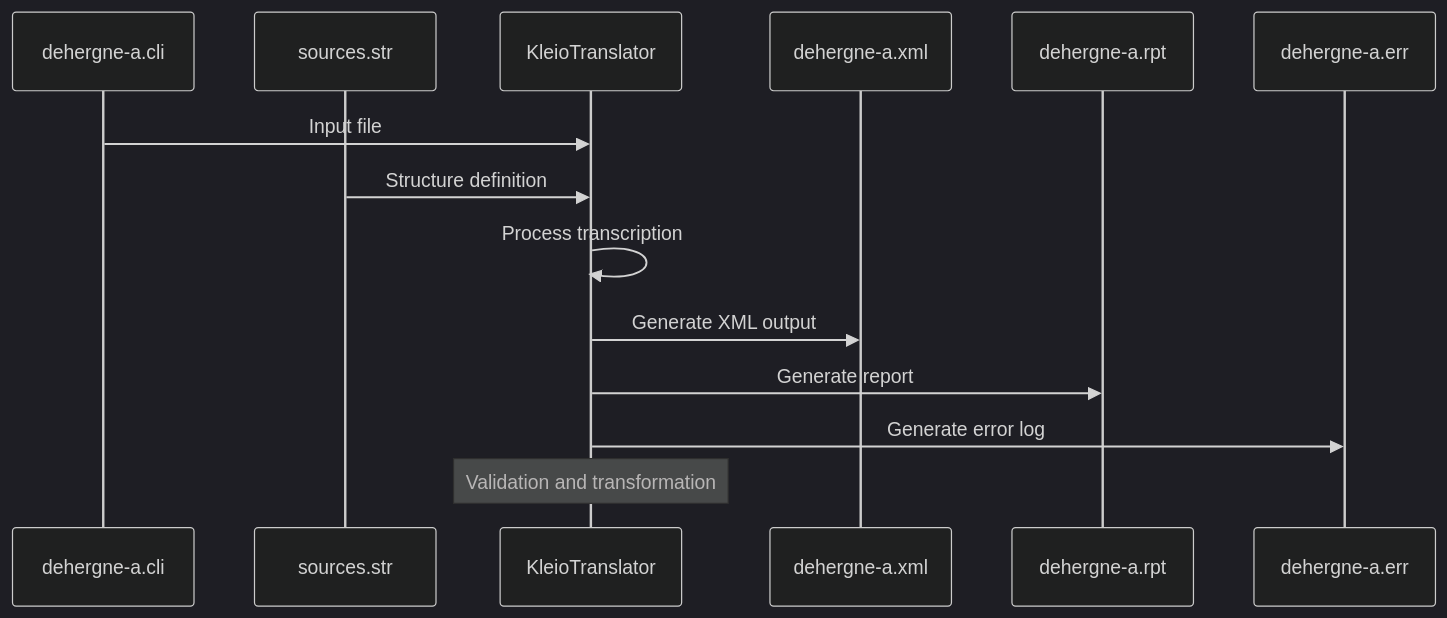
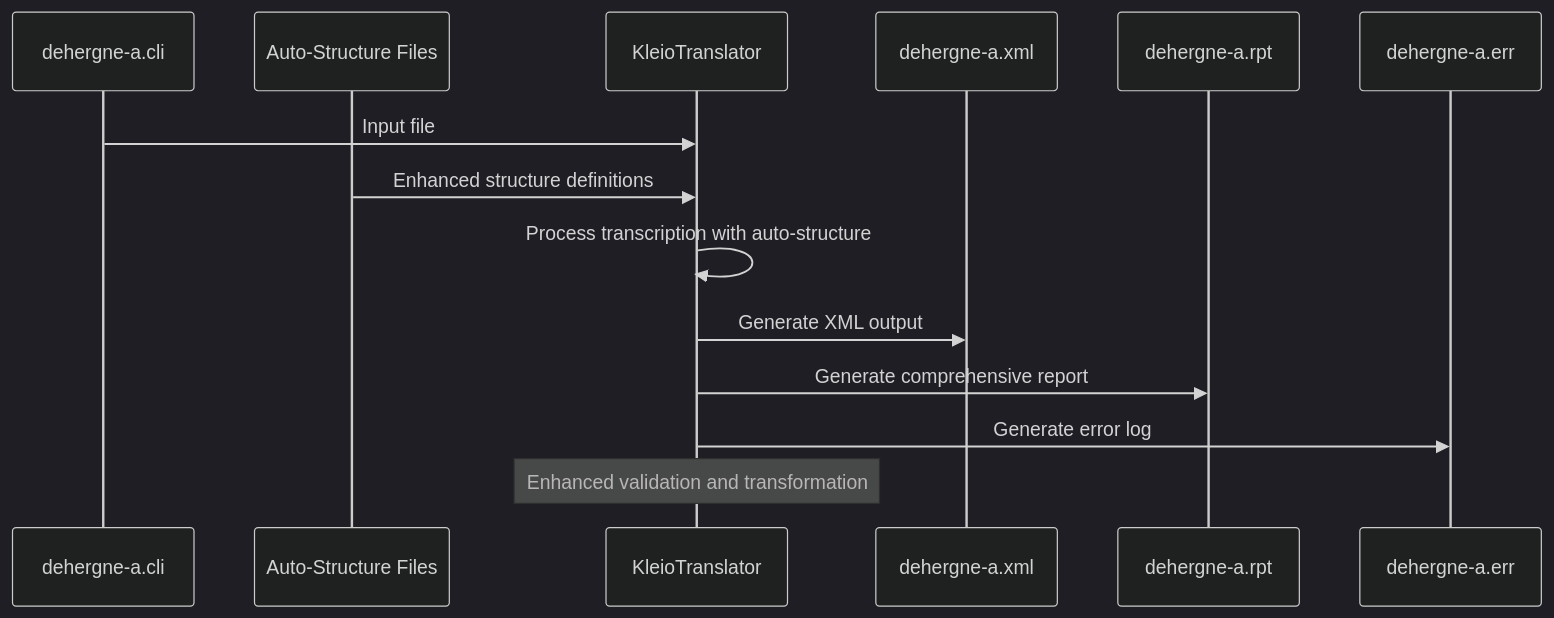
Before and after one commit to joaquimrcarvalho/dehergne-locations: the fifth of 8 diagrams in .qoder/repowiki/en/content/Processing Pipeline/Kleio Processing Workflow.md, drawn with Mermaid (dark theme). The commit also changed other lines of this file and 8 other files, not shown here.

````diff
--- a/.qoder/repowiki/en/content/Processing Pipeline/Kleio Processing Workflow.md
+++ b/.qoder/repowiki/en/content/Processing Pipeline/Kleio Processing Workflow.md
@@ -154,16 +228,16 @@
 ```mermaid
 sequenceDiagram
 participant CLI as dehergne-a.cli
-participant STR as sources.str
+participant AUTO_STRUCT as Auto-Structure Files
 participant Translator as KleioTranslator
 participant XML as dehergne-a.xml
 participant RPT as dehergne-a.rpt
 participant ERR as dehergne-a.err
 CLI->>Translator : Input file
-STR->>Translator : Structure definition
-Translator->>Translator : Process transcription
+AUTO_STRUCT->>Translator : Enhanced structure definitions
+Translator->>Translator : Process transcription with auto-structure
 Translator->>XML : Generate XML output
-Translator->>RPT : Generate report
+Translator->>RPT : Generate comprehensive report
 Translator->>ERR : Generate error log
-Note over Translator : Validation and transformation
+Note over Translator : Enhanced validation and transformation
 ```
````
